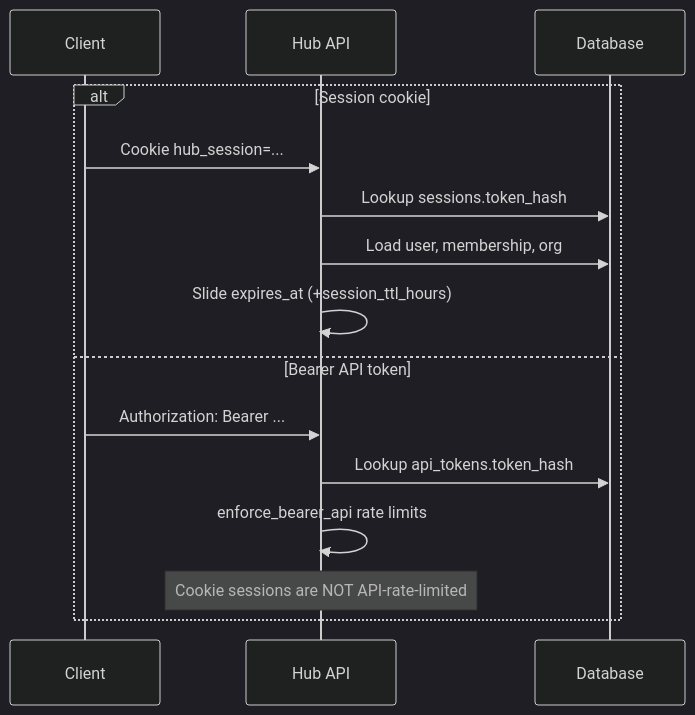
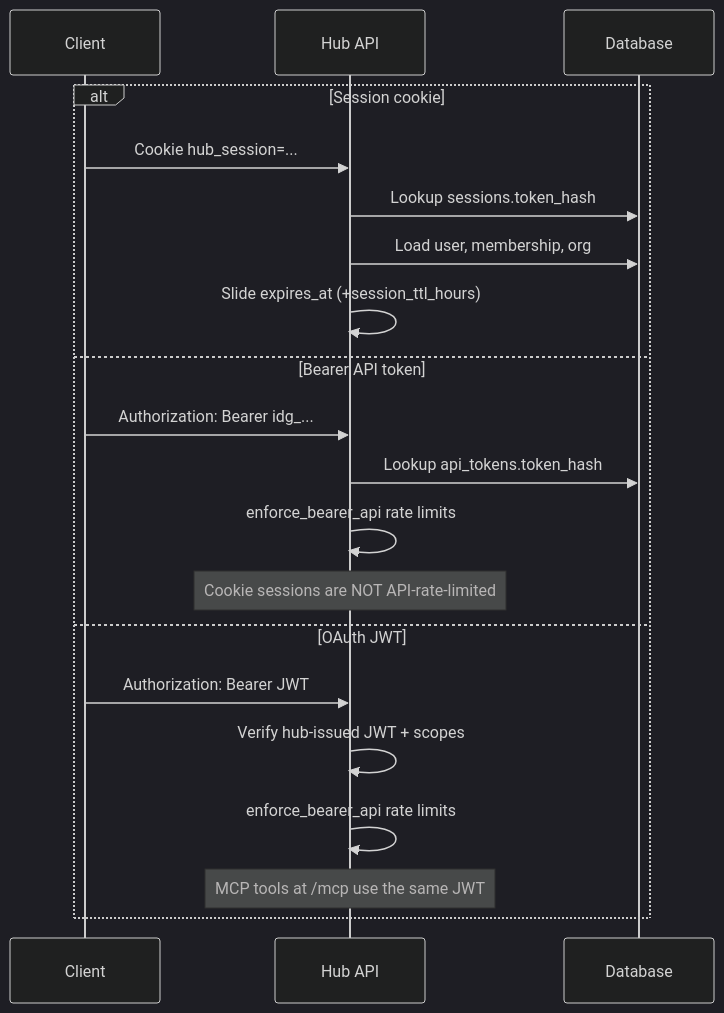
One commit to dude75/idigest-hub changed the first of 3 diagrams in docs/en/architecture/request-flow.md. Above: the diagram before and after it, drawn with Mermaid (dark theme). The commit also changed other lines of this file and 38 other files, not shown here.

Commit message:
Document the MCP tool catalog and OAuth provider across EN/RU docs.

````diff
--- a/docs/en/architecture/request-flow.md
+++ b/docs/en/architecture/request-flow.md
@@ -7,18 +7,23 @@
 ```mermaid
 sequenceDiagram
   participant C as Client
   participant H as Hub API
   participant DB as Database
 
   alt Session cookie
     C->>H: Cookie hub_session=...
     H->>DB: Lookup sessions.token_hash
     H->>DB: Load user, membership, org
     H->>H: Slide expires_at (+session_ttl_hours)
   else Bearer API token
-    C->>H: Authorization: Bearer ...
+    C->>H: Authorization: Bearer idg_...
     H->>DB: Lookup api_tokens.token_hash
     H->>H: enforce_bearer_api rate limits
     Note over H: Cookie sessions are NOT API-rate-limited
+  else OAuth JWT
+    C->>H: Authorization: Bearer JWT
+    H->>H: Verify hub-issued JWT + scopes
+    H->>H: enforce_bearer_api rate limits
+    Note over H: MCP tools at /mcp use the same JWT
   end
 ```
````
